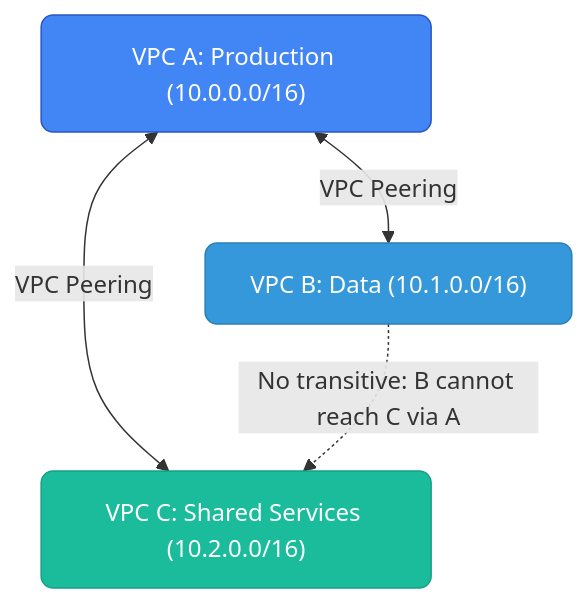
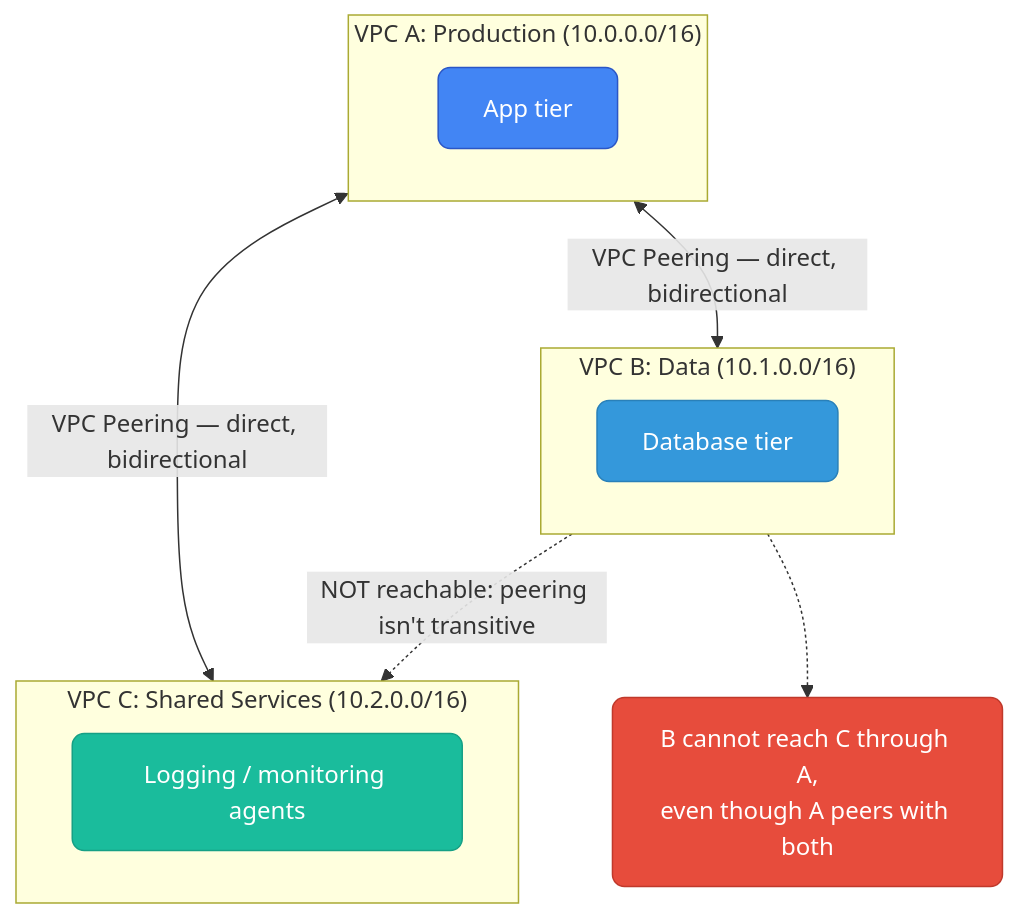
Before and after one commit to deepanshu-rawat6/DevOpsIndex: the sixth of 9 diagrams in gcp/README.md, drawn with Mermaid. The commit also changed other lines of this file and 14 other files, not shown here.

````diff
--- a/gcp/README.md
+++ b/gcp/README.md
@@ -267,11 +417,24 @@
 ```mermaid
 graph TD
     classDef blue fill:#3498db,stroke:#2980b9,color:#fff,rx:8
     classDef teal fill:#1abc9c,stroke:#16a085,color:#fff,rx:8
     classDef orange fill:#e67e22,stroke:#d35400,color:#fff,rx:8
     classDef gcp fill:#4285f4,stroke:#2a56c6,color:#fff,rx:8
+    classDef red fill:#e74c3c,stroke:#c0392b,color:#fff,rx:8
 
-    VPC_A["VPC A: Production (10.0.0.0/16)"]:::gcp <-->|"VPC Peering"| VPC_B["VPC B: Data (10.1.0.0/16)"]:::blue
-    VPC_A <-->|"VPC Peering"| VPC_C["VPC C: Shared Services (10.2.0.0/16)"]:::teal
-    VPC_B -.->|"No transitive: B cannot reach C via A"| VPC_C
+    subgraph A["VPC A: Production (10.0.0.0/16)"]
+        A1["App tier"]:::gcp
+    end
+    subgraph B["VPC B: Data (10.1.0.0/16)"]
+        B1["Database tier"]:::blue
+    end
+    subgraph C["VPC C: Shared Services (10.2.0.0/16)"]
+        C1["Logging / monitoring agents"]:::teal
+    end
+
+    A <-->|"VPC Peering — direct, bidirectional"| B
+    A <-->|"VPC Peering — direct, bidirectional"| C
+    B -.->|"NOT reachable: peering isn't transitive"| C
+    NOTE["B cannot reach C through A,<br/>even though A peers with both"]:::red
+    B -.-> NOTE
 ```
````
